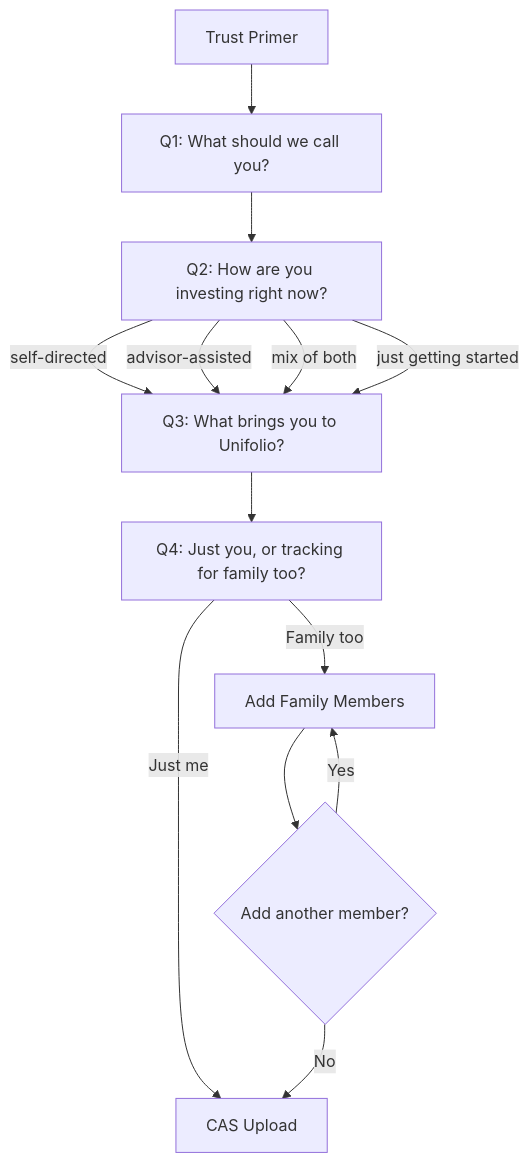
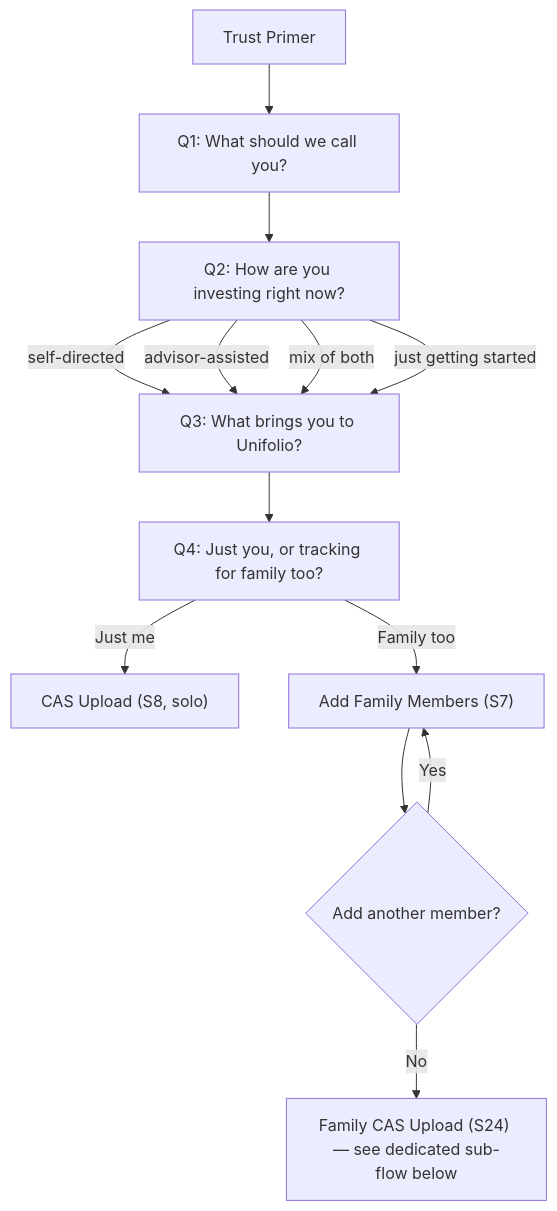
The second of 4 diagrams in Docs/PRDs/App-Flow-Unifolio.md (ayushkarnawat/MVP_V1_MF_only), drawn with Mermaid before and after one commit. The commit also changed other lines of this file and 2 other files, not shown here.

First line of the commit message:
docs: add Family CAS Upload flow + landing screen (PRD-02 v1.3, App-Flow v1.2)

````diff
--- a/Docs/PRDs/App-Flow-Unifolio.md
+++ b/Docs/PRDs/App-Flow-Unifolio.md
@@ -103,16 +113,16 @@
 ```mermaid
-%% Expands S2-S8 with the exact branching logic from PRD-02
+%% Expands S2-S8/S24-S26 with the exact branching logic from PRD-02
 flowchart TD
     T["Trust Primer"] --> Q1["Q1: What should we call you?"]
     Q1 --> Q2["Q2: How are you investing right now?"]
     Q2 -- "self-directed" --> Q3
     Q2 -- "advisor-assisted" --> Q3
     Q2 -- "mix of both" --> Q3
     Q2 -- "just getting started" --> Q3["Q3: What brings you to Unifolio?"]
     Q3 --> Q4["Q4: Just you, or tracking for family too?"]
-    Q4 -- "Just me" --> Import["CAS Upload"]
-    Q4 -- "Family too" --> Fam["Add Family Members"]
+    Q4 -- "Just me" --> Import["CAS Upload (S8, solo)"]
+    Q4 -- "Family too" --> Fam["Add Family Members (S7)"]
     Fam --> FamLoop{"Add another member?"}
     FamLoop -- Yes --> Fam
-    FamLoop -- No --> Import
+    FamLoop -- No --> FamCas["Family CAS Upload (S24) — see dedicated sub-flow below"]
 ```
````
